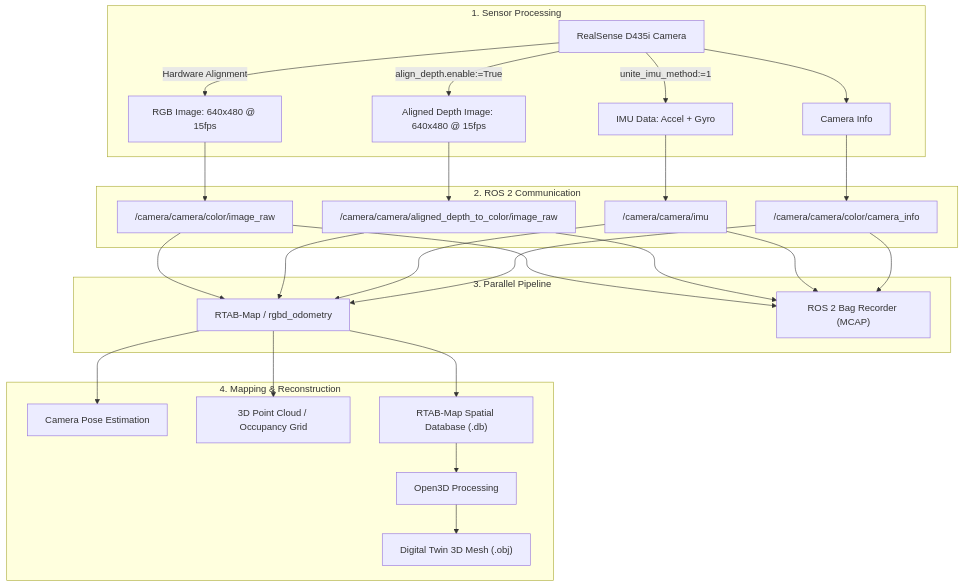
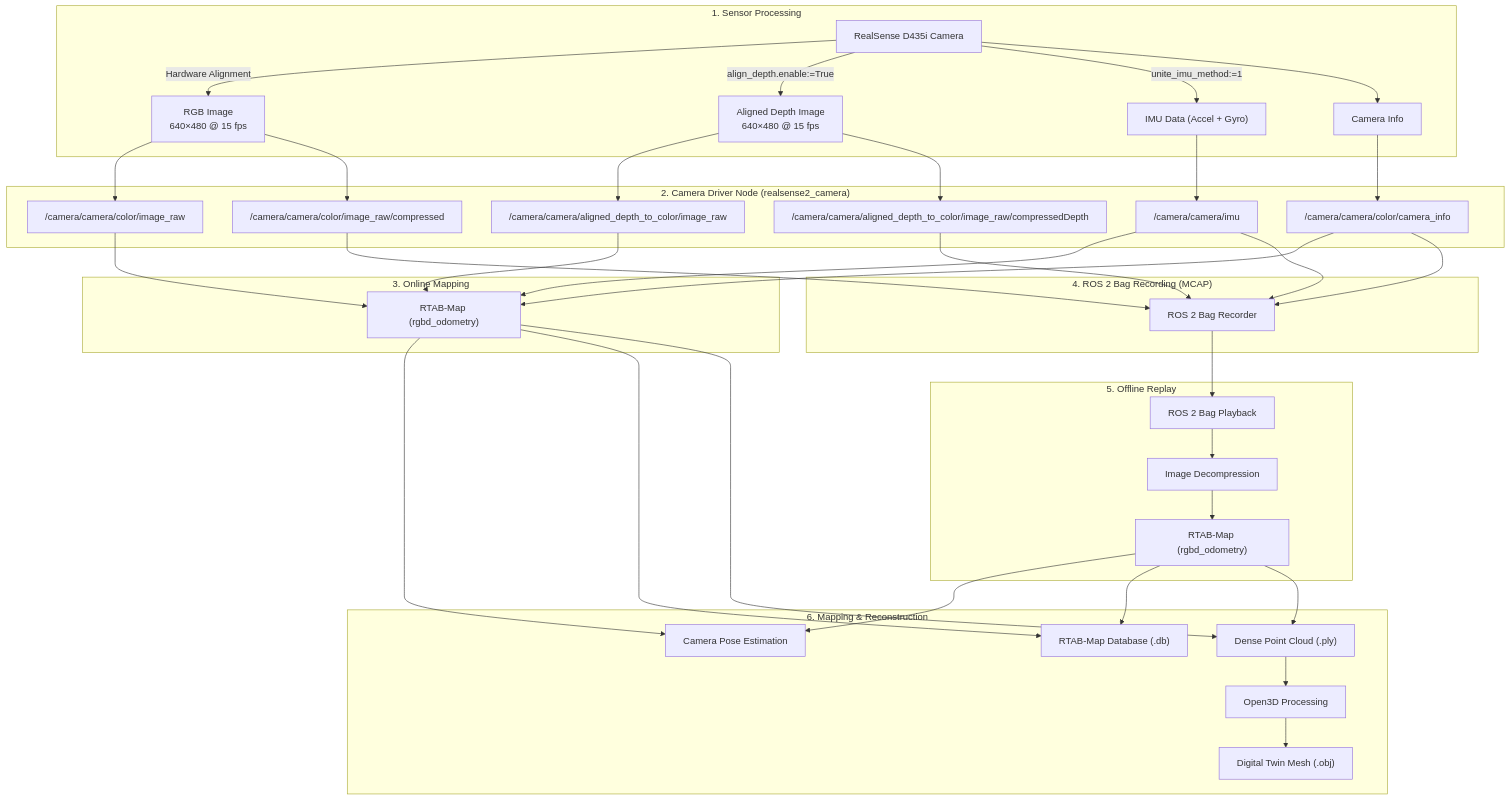
One commit to juhoimda/auto-mobility changed the diagram in README.md. Above: the diagram before and after it, drawn with Mermaid.

Commit message:
docs: 시스템 아키텍처 수정

````diff
--- a/README.md
+++ b/README.md
@@ -11,38 +11,55 @@
 ```mermaid
 graph TD
-    subgraph 1. Sensor Processing
-        A[RealSense D435i Camera]
-        A -->|Hardware Alignment| B[RGB Image: 640x480 @ 15fps]
-        A -->|align_depth.enable:=True| C[Aligned Depth Image: 640x480 @ 15fps]
-        A -->|unite_imu_method:=1| D[IMU Data: Accel + Gyro]
-        A --> E[Camera Info]
+    subgraph "1. Sensor Processing"
+        A["RealSense D435i Camera"]
+        A -->|"Hardware Alignment"| B["RGB Image<br/>640×480 @ 15 fps"]
+        A -->|"align_depth.enable:=True"| C["Aligned Depth Image<br/>640×480 @ 15 fps"]
+        A -->|"unite_imu_method:=1"| D["IMU Data (Accel + Gyro)"]
+        A --> E["Camera Info"]
     end
 
-    subgraph 2. ROS 2 Communication
+    subgraph "2. Camera Driver Node (realsense2_camera)"
         B --> F["/camera/camera/color/image_raw"]
+        B --> F2["/camera/camera/color/image_raw/compressed"]
+
         C --> G["/camera/camera/aligned_depth_to_color/image_raw"]
+        C --> G2["/camera/camera/aligned_depth_to_color/image_raw/compressedDepth"]
+
         D --> H["/camera/camera/imu"]
         E --> I["/camera/camera/color/camera_info"]
     end
 
-    subgraph 3. Parallel Pipeline
-        F --> J[RTAB-Map / rgbd_odometry]
+    subgraph "3. Online Mapping"
+        F --> J["RTAB-Map (rgbd_odometry)"]
         G --> J
         H --> J
         I --> J
+    end
 
-        F --> K["ROS 2 Bag Recorder (MCAP)"]
-        G --> K
+    subgraph "4. ROS 2 Bag Recording (MCAP)"
+        F2 --> K["ROS 2 Bag Recorder"]
+        G2 --> K
         H --> K
         I --> K
     end
 
-    subgraph 4. Mapping & Reconstruction
-        J --> L[Camera Pose Estimation]
-        J --> M[3D Point Cloud / Occupancy Grid]
-        J --> N["RTAB-Map Spatial Database (.db)"]
+    subgraph "5. Offline Replay"
+        K --> L["ROS 2 Bag Playback"]
+        L --> M["Image Decompression"]
+        M --> J2["RTAB-Map (rgbd_odometry)"]
+    end
 
-        N --> O[Open3D Processing]
-        O --> P["Digital Twin 3D Mesh (.obj)"]
+    subgraph "6. Mapping & Reconstruction"
+        J --> N["Camera Pose Estimation"]
+        J2 --> N
+
+        J --> O["RTAB-Map Database (.db)"]
+        J2 --> O
+
+        J --> P["Dense Point Cloud (.ply)"]
+        J2 --> P
+
+        P --> Q["Open3D Processing"]
+        Q --> R["Digital Twin Mesh (.obj)"]
     end
 ```
````
